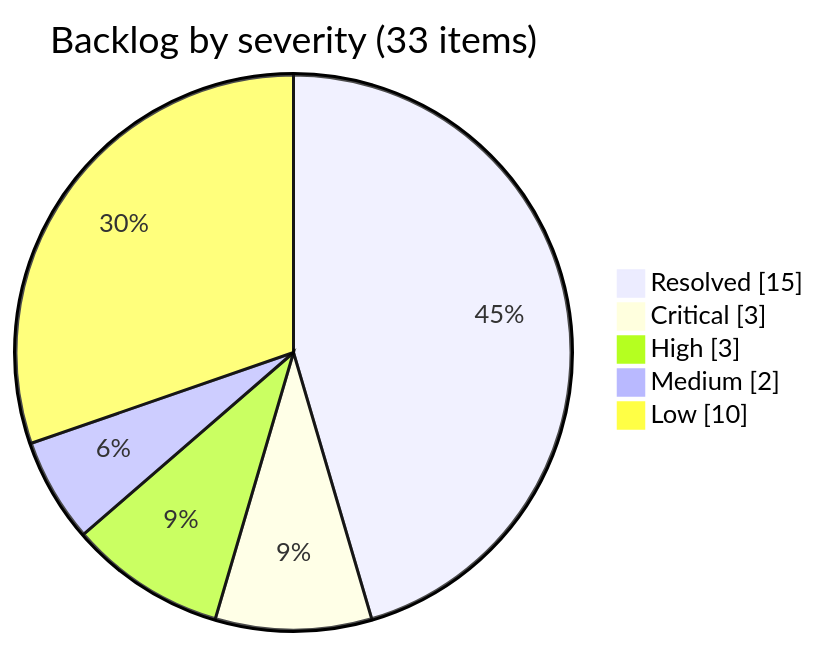
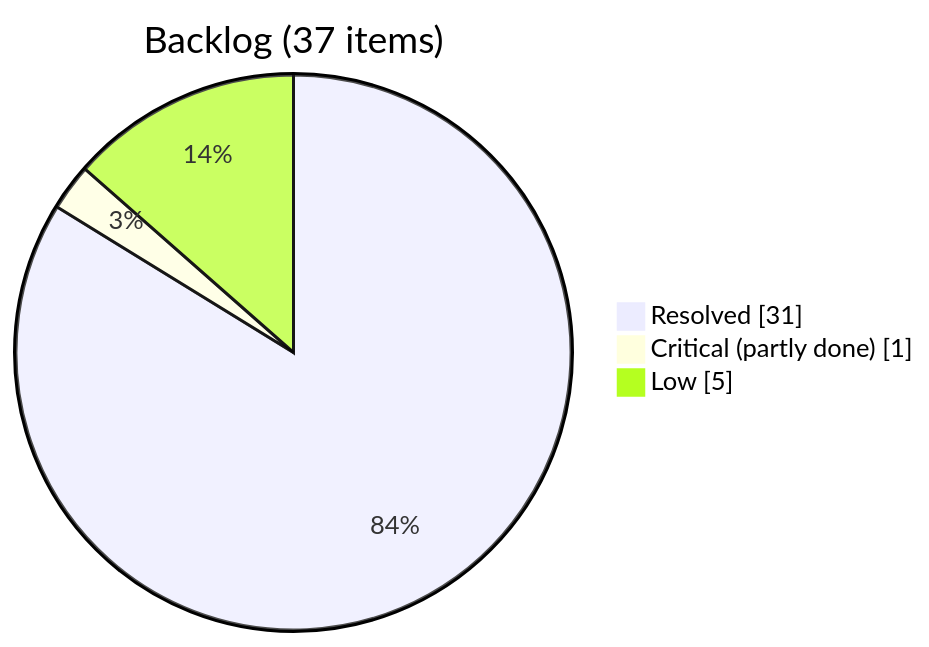
Before and after one commit to anurag-joshi-1403/StudentManagementSystem: the second of 3 diagrams in project_analysis.md, drawn with Mermaid. The commit also changed other lines of this file and 59 other files, not shown here.

````diff
--- a/project_analysis.md
+++ b/project_analysis.md
@@ -381,9 +327,7 @@
 ```mermaid
 pie showData
-    title Backlog by severity (33 items)
-    "Resolved" : 15
-    "Critical" : 3
-    "High" : 3
-    "Medium" : 2
-    "Low" : 10
+    title Backlog (37 items)
+    "Resolved" : 31
+    "Critical (partly done)" : 1
+    "Low" : 5
 ```
````
